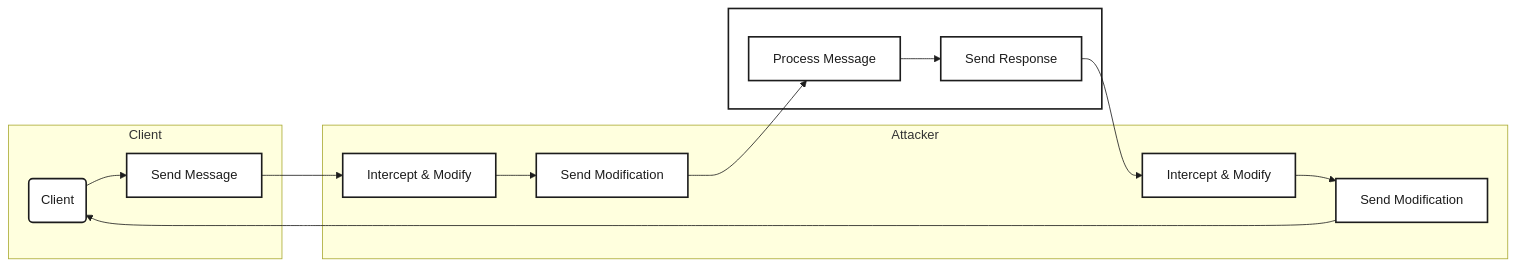
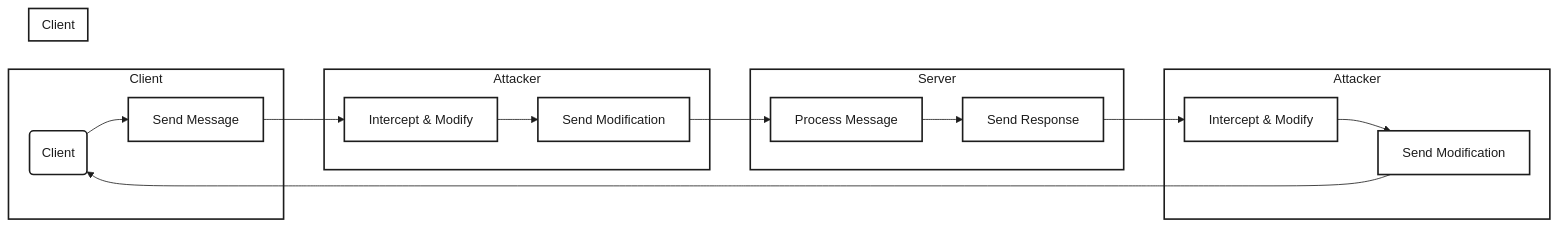
One commit to SecuritySynapse/www.securitysynapse.org changed the diagram in slides/weekeight/index.qmd. Above: the diagram before and after it, drawn with Mermaid.

Commit message:
refactor: Start to improve formatting and colors in the slides/weekeight/index.qmd file.

````diff
--- a/slides/weekeight/index.qmd
+++ b/slides/weekeight/index.qmd
@@ -68,39 +68,41 @@
 ```{mermaid}
 %%| echo: false
 flowchart LR
-  subgraph Client
+  subgraph c1["Client"]
     A(Client) --> B[Send Message]
   end
 
-  subgraph Attacker
+  subgraph att1["Attacker"]
     B --> X[Intercept & Modify]
     X --> C[Send Modification]
   end
 
-  subgraph Server
+  subgraph srv["Server"]
     C --> D[Process Message]
     D --> Y[Send Response]
   end
 
-  subgraph Attacker
+  subgraph att2["Attacker"]
     Y --> Z[Intercept & Modify]
     Z --> F[Send Modification]
   end
 
-  subgraph Client
+  subgraph c2["Client"]
     F --> A
   end
 
-  style Client fill:#fff,color:#fff,stroke:#1c1c1c,stroke-width:2px
-  style Server fill:#fff,color:#fff,stroke:#1c1c1c,stroke-width:2px
-  style Attacker fill:#fff,color:#1c1c1c,stroke:#1c1c1c,stroke-width:2px
+  style c1 fill:#fff,color:#1c1c1c,stroke:#1c1c1c,stroke-width:2px
+  style c2 fill:#fff,color:#1c1c1c,stroke:#1c1c1c,stroke-width:2px
+  style srv fill:#fff,color:#1c1c1c,stroke:#1c1c1c,stroke-width:2px
+  style att1 fill:#fff,color:#1c1c1c,stroke:#1c1c1c,stroke-width:2px
+  style att2 fill:#fff,color:#1c1c1c,stroke:#1c1c1c,stroke-width:2px
   style A fill:#fff,color:#1c1c1c,stroke:#1c1c1c,stroke-width:2px
   style B fill:#fff,color:#1c1c1c,stroke:#1c1c1c,stroke-width:2px
   style C fill:#fff,color:#1c1c1c,stroke:#1c1c1c,stroke-width:2px
   style D fill:#fff,color:#1c1c1c,stroke:#1c1c1c,stroke-width:2px
   style F fill:#fff,color:#1c1c1c,stroke:#1c1c1c,stroke-width:2px
   style X fill:#fff,color:#1c1c1c,stroke:#1c1c1c,stroke-width:2px
   style Y fill:#fff,color:#1c1c1c,stroke:#1c1c1c,stroke-width:2px
   style Z fill:#fff,color:#1c1c1c,stroke:#1c1c1c,stroke-width:2px
   linkStyle 0,1,2,3,4,5,6,7 stroke:#1c1c1c,color:#1c1c1c
 ```
````
